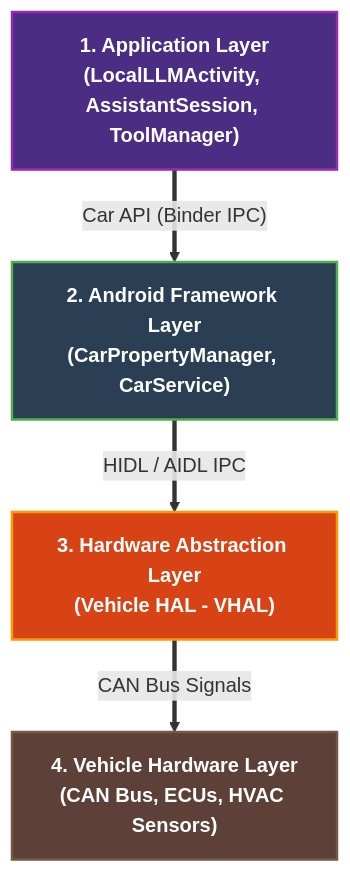
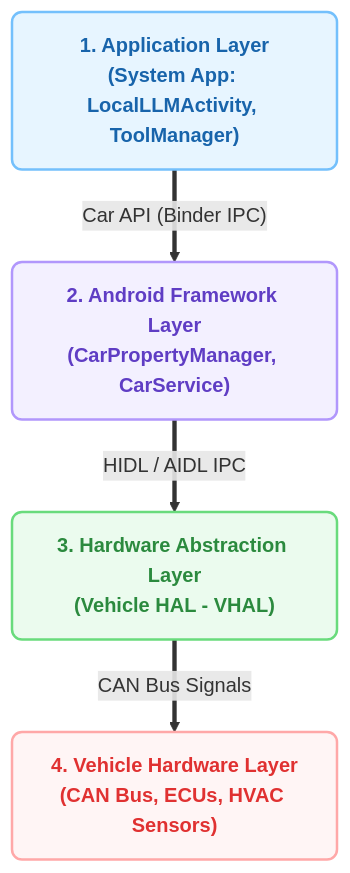
The third of 4 diagrams in ARCHITECTURE.md (hemangpandhi/ai-assistant), drawn with Mermaid before and after one commit. The commit also changed other lines of this file, not shown here.

Commit message:
docs: Upgrade all Mermaid diagrams to a sleek, modern, professional design

````diff
--- a/ARCHITECTURE.md
+++ b/ARCHITECTURE.md
@@ -113,19 +120,18 @@
 ```mermaid
 flowchart TD
-    %% Define Classes for the Stack
-    classDef layerApp fill:#4B2E83,stroke:#9C27B0,stroke-width:2px,color:#FFF,font-weight:bold;
-    classDef layerFw fill:#2A3F54,stroke:#4CAF50,stroke-width:2px,color:#FFF,font-weight:bold;
-    classDef layerHal fill:#D84315,stroke:#FF9800,stroke-width:2px,color:#FFF,font-weight:bold;
-    classDef layerHw fill:#5D4037,stroke:#795548,stroke-width:2px,color:#FFF,font-weight:bold;
+    classDef app fill:#e7f5ff,stroke:#74c0fc,stroke-width:2px,color:#1864ab,rx:8px,ry:8px,font-weight:bold;
+    classDef fw fill:#f3f0ff,stroke:#b197fc,stroke-width:2px,color:#5f3dc4,rx:8px,ry:8px,font-weight:bold;
+    classDef hal fill:#ebfbee,stroke:#69db7c,stroke-width:2px,color:#2b8a3e,rx:8px,ry:8px,font-weight:bold;
+    classDef hw fill:#fff5f5,stroke:#ffa8a8,stroke-width:2px,color:#e03131,rx:8px,ry:8px,font-weight:bold;
 
-    %% Nodes as full-width blocks
-    APP["1. Application Layer<br/>(LocalLLMActivity, AssistantSession, ToolManager)"]:::layerApp
-    FW["2. Android Framework Layer<br/>(CarPropertyManager, CarService)"]:::layerFw
-    HAL["3. Hardware Abstraction Layer<br/>(Vehicle HAL - VHAL)"]:::layerHal
-    HW["4. Vehicle Hardware Layer<br/>(CAN Bus, ECUs, HVAC Sensors)"]:::layerHw
+    %% Nodes
+    APP["1. Application Layer<br/>(System App: LocalLLMActivity, ToolManager)"]:::app
+    FW["2. Android Framework Layer<br/>(CarPropertyManager, CarService)"]:::fw
+    HAL["3. Hardware Abstraction Layer<br/>(Vehicle HAL - VHAL)"]:::hal
+    HW["4. Vehicle Hardware Layer<br/>(CAN Bus, ECUs, HVAC Sensors)"]:::hw
 
-    %% Stack Connections
+    %% Connections
     APP ==>|"Car API (Binder IPC)"| FW
     FW ==>|"HIDL / AIDL IPC"| HAL
     HAL ==>|"CAN Bus Signals"| HW
 ```
````
